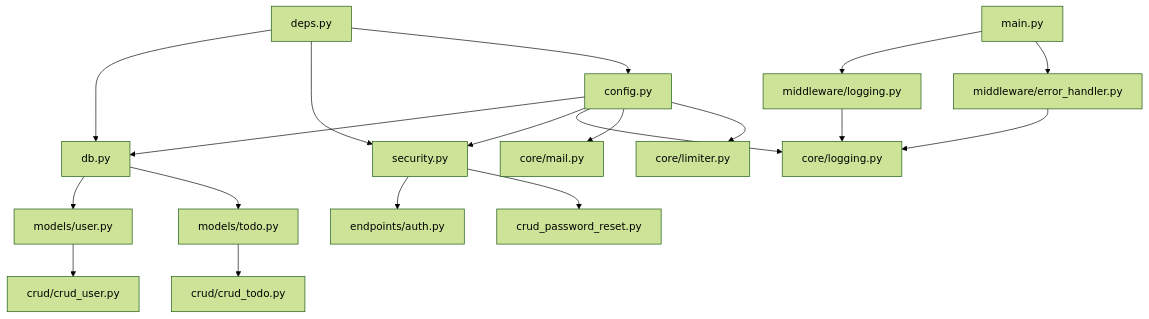
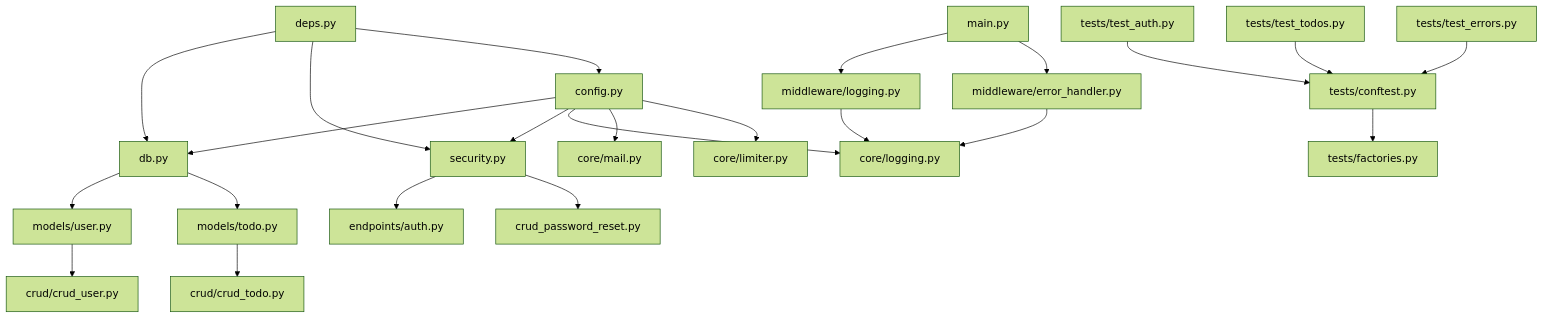
One commit to ss8806/Todos changed the eighth of 8 diagrams in .qoder/repowiki/ja/content/バックエンドアーキテクチャ/バックエンドアーキテクチャ.md. Above: the diagram before and after it, drawn with Mermaid (forest theme). The commit also changed other lines of this file and 35 other files, not shown here.

````diff
--- a/.qoder/repowiki/ja/content/バックエンドアーキテクチャ/バックエンドアーキテクチャ.md
+++ b/.qoder/repowiki/ja/content/バックエンドアーキテクチャ/バックエンドアーキテクチャ.md
@@ -453,21 +509,25 @@
 ```mermaid
 graph TB
 CONFIG["config.py"] --> DB["db.py"]
 CONFIG --> SEC["security.py"]
 CONFIG --> LOG_CORE["core/logging.py"]
 CONFIG --> MAIL["core/mail.py"]
 CONFIG --> LIMITER["core/limiter.py"]
 DB --> MODELS_USER["models/user.py"]
 DB --> MODELS_TODO["models/todo.py"]
 MODELS_USER --> CRUD_USER["crud/crud_user.py"]
 MODELS_TODO --> CRUD_TODO["crud/crud_todo.py"]
 SEC --> AUTH["endpoints/auth.py"]
 SEC --> RESET["crud_password_reset.py"]
 DEPS["deps.py"] --> DB
 DEPS --> SEC
 DEPS --> CONFIG
 MAIN["main.py"] --> LOG_MW["middleware/logging.py"]
 MAIN --> ERR_MW["middleware/error_handler.py"]
 LOG_MW --> LOG_CORE
 ERR_MW --> LOG_CORE
+TEST_AUTH["tests/test_auth.py"] --> TEST_CONFTEST["tests/conftest.py"]
+TEST_TODOS["tests/test_todos.py"] --> TEST_CONFTEST
+TEST_ERRORS["tests/test_errors.py"] --> TEST_CONFTEST
+TEST_CONFTEST --> TEST_FACTORIES["tests/factories.py"]
 ```
````
